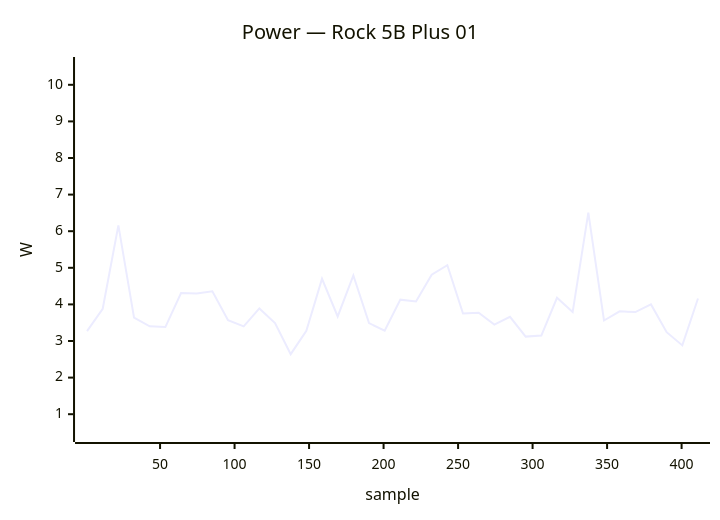
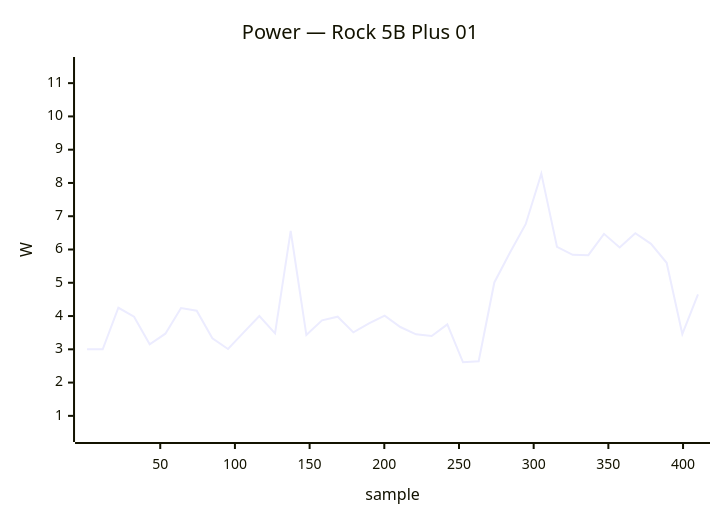
One commit to armbian/documentation changed the second of 2 diagrams in docs/status/board-tests.md. Above: the diagram before and after it, drawn with Mermaid. The commit also changed other lines of this file, not shown here.

````diff
--- a/docs/status/board-tests.md
+++ b/docs/status/board-tests.md
@@ -882,7 +882,7 @@
     ```mermaid
     xychart-beta
         title "Power — Rock 5B Plus 01"
-        x-axis "sample" 1 --> 411
-        y-axis "W" 0.5 --> 10.5
-        line [3.27, 3.88, 6.16, 3.64, 3.40, 3.38, 4.31, 4.30, 4.36, 3.57, 3.40, 3.89, 3.49, 2.64, 3.28, 4.70, 3.67, 4.79, 3.49, 3.28, 4.13, 4.08, 4.81, 5.07, 3.75, 3.77, 3.45, 3.66, 3.12, 3.15, 4.18, 3.79, 6.51, 3.56, 3.81, 3.79, 4.00, 3.24, 2.88, 4.16]
+        x-axis "sample" 1 --> 410
+        y-axis "W" 0.5 --> 11.5
+        line [3.00, 3.00, 4.25, 3.98, 3.15, 3.47, 4.24, 4.16, 3.33, 3.01, 3.51, 4.00, 3.48, 6.56, 3.43, 3.87, 3.98, 3.51, 3.78, 4.01, 3.67, 3.45, 3.40, 3.75, 2.61, 2.64, 5.01, 5.91, 6.76, 8.28, 6.08, 5.84, 5.83, 6.47, 6.06, 6.49, 6.17, 5.60, 3.46, 4.65]
     ```
````
